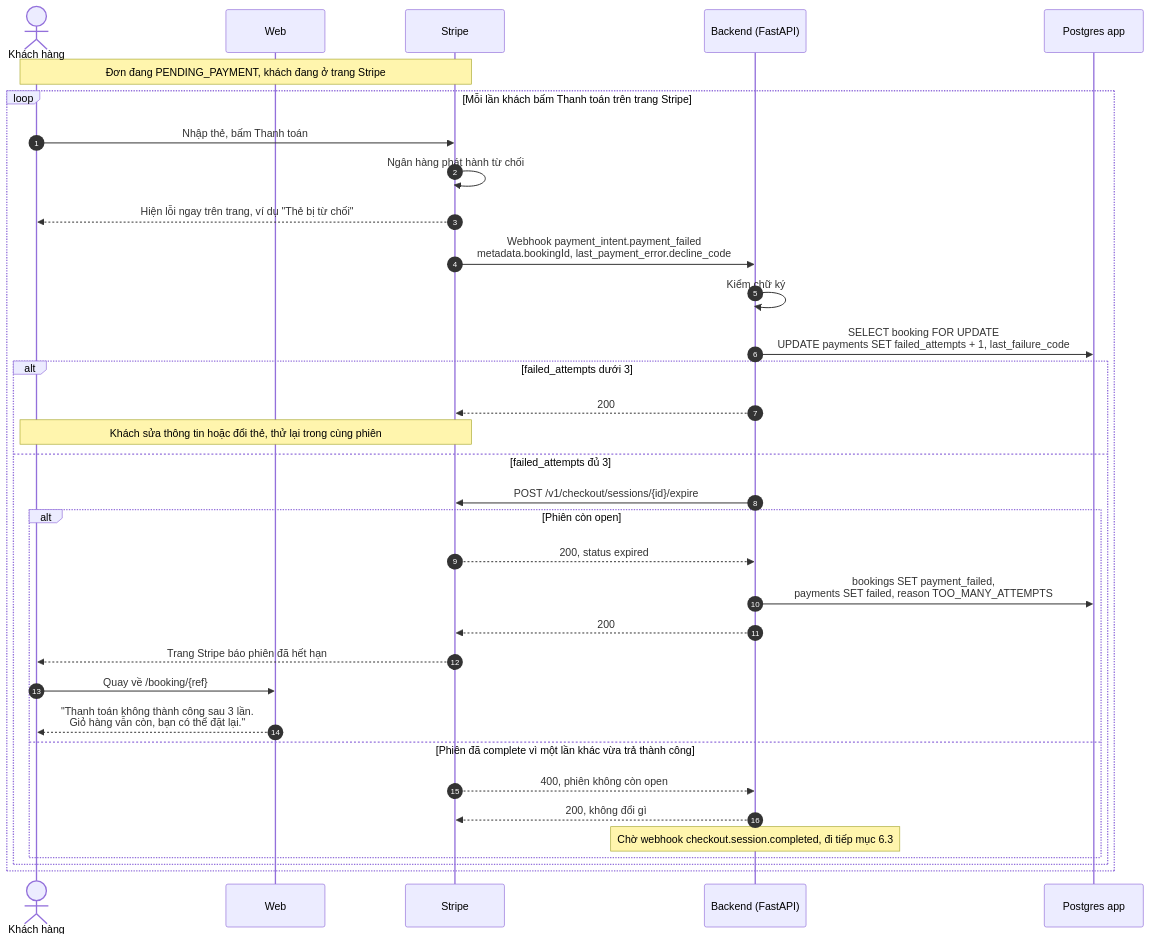
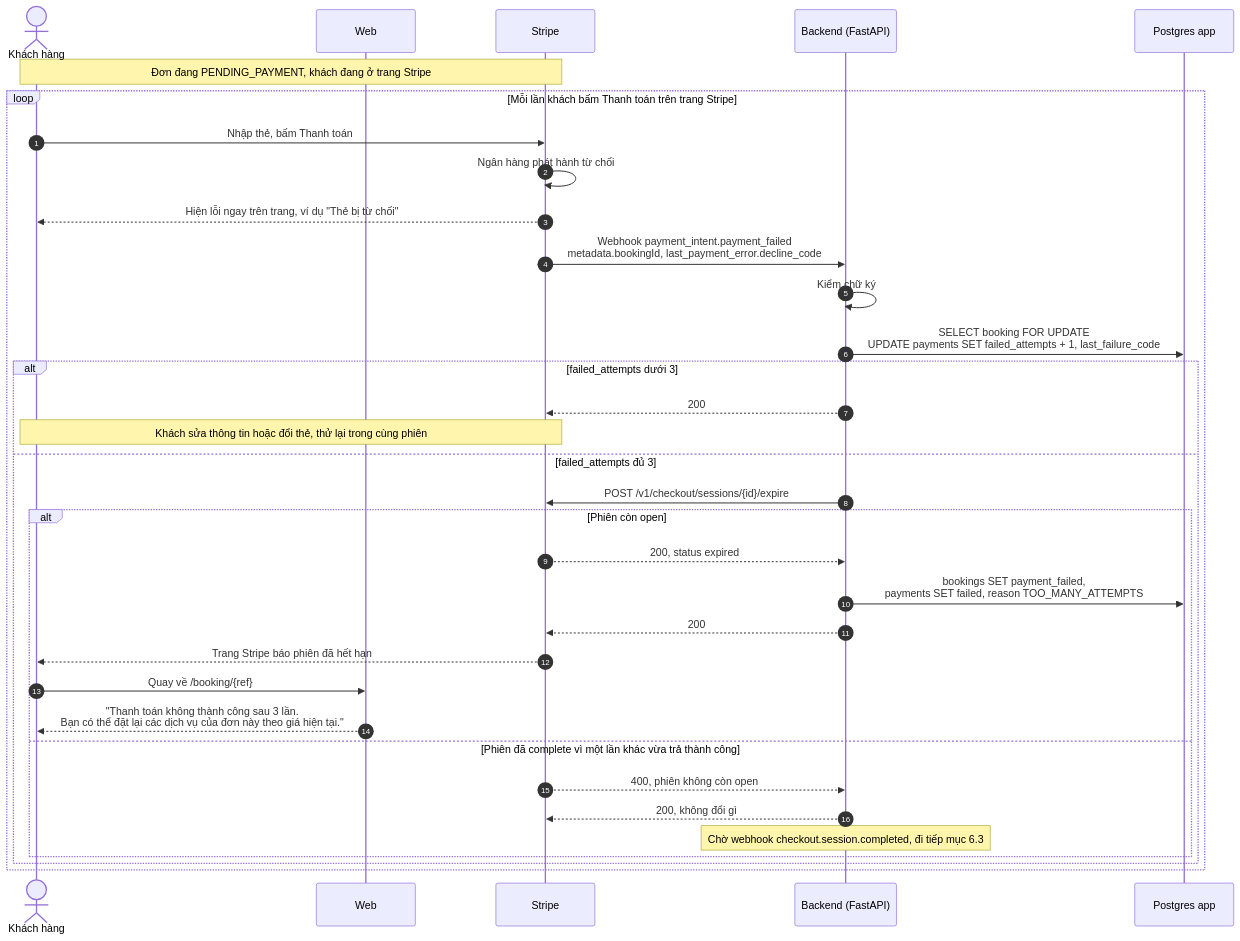
One commit to NguyenNhat4/Travel-Recommend-System changed the ninth of 19 diagrams in docs/spec/booking/so-do-luong-dat-cho-thanh-toan.md. Above: the diagram before and after it, drawn with Mermaid. The commit also changed other lines of this file and 129 other files, not shown here.

````diff
--- a/docs/spec/booking/so-do-luong-dat-cho-thanh-toan.md
+++ b/docs/spec/booking/so-do-luong-dat-cho-thanh-toan.md
@@ -476,37 +478,37 @@
 ```mermaid
 sequenceDiagram
     autonumber
     actor U as Khách hàng
     participant W as Web
     participant S as Stripe
     participant F as Backend (FastAPI)
     participant P as Postgres app
 
     Note over U,S: Đơn đang PENDING_PAYMENT, khách đang ở trang Stripe
     loop Mỗi lần khách bấm Thanh toán trên trang Stripe
         U->>S: Nhập thẻ, bấm Thanh toán
         S->>S: Ngân hàng phát hành từ chối
         S-->>U: Hiện lỗi ngay trên trang, ví dụ "Thẻ bị từ chối"
         S->>F: Webhook payment_intent.payment_failed<br/>metadata.bookingId, last_payment_error.decline_code
         F->>F: Kiểm chữ ký
         F->>P: SELECT booking FOR UPDATE<br/>UPDATE payments SET failed_attempts + 1, last_failure_code
         alt failed_attempts dưới 3
             F-->>S: 200
             Note over U,S: Khách sửa thông tin hoặc đổi thẻ, thử lại trong cùng phiên
         else failed_attempts đủ 3
             F->>S: POST /v1/checkout/sessions/{id}/expire
             alt Phiên còn open
                 S-->>F: 200, status expired
                 F->>P: bookings SET payment_failed,<br/>payments SET failed, reason TOO_MANY_ATTEMPTS
                 F-->>S: 200
                 S-->>U: Trang Stripe báo phiên đã hết hạn
                 U->>W: Quay về /booking/{ref}
-                W-->>U: "Thanh toán không thành công sau 3 lần.<br/>Giỏ hàng vẫn còn, bạn có thể đặt lại."
+                W-->>U: "Thanh toán không thành công sau 3 lần.<br/>Bạn có thể đặt lại các dịch vụ của đơn này theo giá hiện tại."
             else Phiên đã complete vì một lần khác vừa trả thành công
                 S-->>F: 400, phiên không còn open
                 F-->>S: 200, không đổi gì
                 Note over F: Chờ webhook checkout.session.completed, đi tiếp mục 6.3
             end
         end
     end
 ```
````
